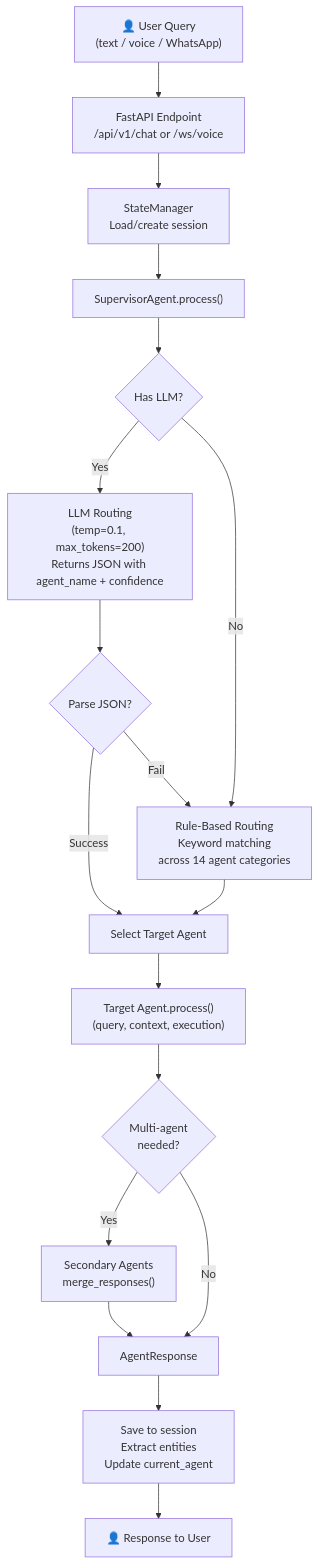
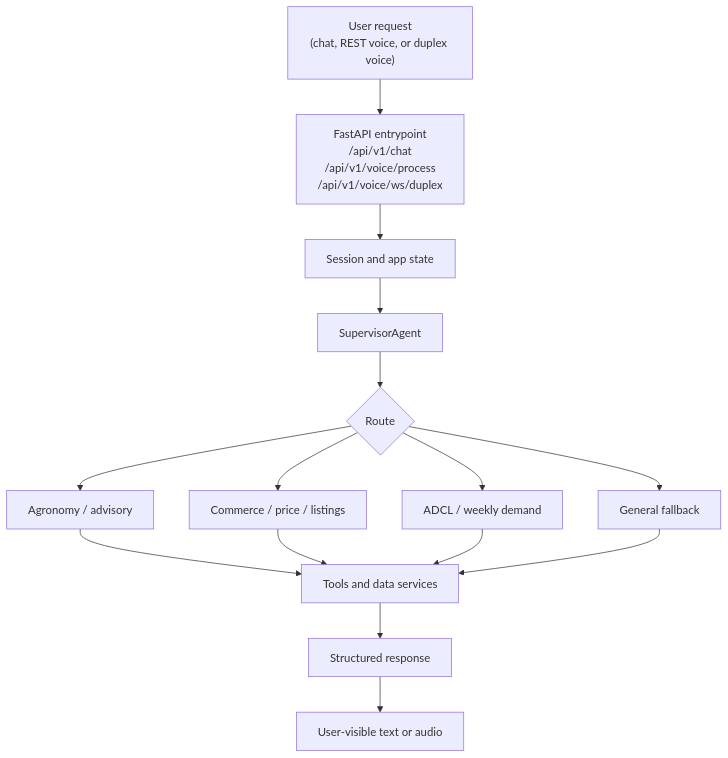
One commit to cropfresh/Cropfresh_Ai changed the first of 6 diagrams in docs/architecture/data-flow.md. Above: the diagram before and after it, drawn with Mermaid. The commit also changed other lines of this file and 51 other files, not shown here.

````diff
--- a/docs/architecture/data-flow.md
+++ b/docs/architecture/data-flow.md
@@ -12,23 +10,17 @@
 ```mermaid
 flowchart TD
-    U["👤 User Query<br/>(text / voice / WhatsApp)"] --> API["FastAPI Endpoint<br/>/api/v1/chat or /ws/voice"]
-    API --> SM["StateManager<br/>Load/create session"]
-    SM --> SUP["SupervisorAgent.process()"]
-
-    SUP --> R{"Has LLM?"}
-    R -->|Yes| LLM["LLM Routing<br/>(temp=0.1, max_tokens=200)<br/>Returns JSON with agent_name + confidence"]
-    R -->|No| RB["Rule-Based Routing<br/>Keyword matching<br/>across 14 agent categories"]
-
-    LLM --> D{"Parse JSON?"}
-    D -->|Success| SEL
-    D -->|Fail| RB
-
-    RB --> SEL["Select Target Agent"]
-    SEL --> AGENT["Target Agent.process()<br/>(query, context, execution)"]
-    AGENT --> MULTI{"Multi-agent<br/>needed?"}
-    MULTI -->|Yes| SEC["Secondary Agents<br/>merge_responses()"]
-    MULTI -->|No| RESP["AgentResponse"]
-    SEC --> RESP
-    RESP --> SAVE["Save to session<br/>Extract entities<br/>Update current_agent"]
-    SAVE --> U2["👤 Response to User"]
+    U["User request<br/>(chat, REST voice, or duplex voice)"] --> API["FastAPI entrypoint<br/>/api/v1/chat<br/>/api/v1/voice/process<br/>/api/v1/voice/ws/duplex"]
+    API --> SM["Session and app state"]
+    SM --> SUP["SupervisorAgent"]
+    SUP --> DECIDE{"Route"}
+    DECIDE --> AGRI["Agronomy / advisory"]
+    DECIDE --> COM["Commerce / price / listings"]
+    DECIDE --> ADCL["ADCL / weekly demand"]
+    DECIDE --> GEN["General fallback"]
+    AGRI --> TOOLS["Tools and data services"]
+    COM --> TOOLS
+    ADCL --> TOOLS
+    GEN --> TOOLS
+    TOOLS --> RESP["Structured response"]
+    RESP --> U2["User-visible text or audio"]
 ```
````
